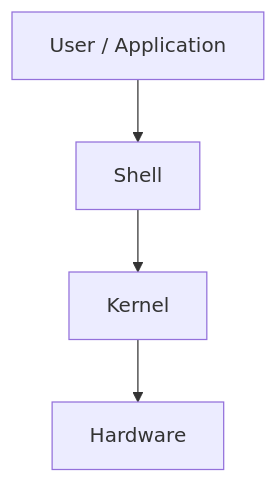
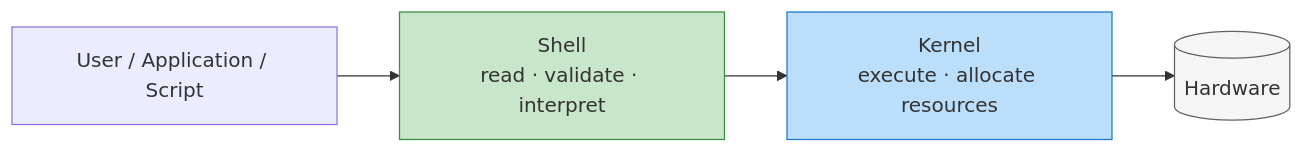
Before and after one commit to chaitussm/Linux-Basics: the third of 3 diagrams in docs/topics/Components of Unix.md, drawn with Mermaid. The commit also changed other lines of this file and 4 other files, not shown here.

First line of the commit message:
Expand Components of Unix.md with Diagram-2 flowcharts and full explanation

````diff
--- a/docs/topics/Components of Unix.md
+++ b/docs/topics/Components of Unix.md
@@ -72,6 +102,10 @@
 ```mermaid
-graph TD
-    A[User / Application] --> B[Shell]
-    B --> C[Kernel]
-    C --> D[Hardware]
+flowchart LR
+    U[User / Application / Script] --> S[Shell<br/>read · validate · interpret]
+    S --> K[Kernel<br/>execute · allocate resources]
+    K --> HW[(Hardware)]
+
+    style S fill:#c8e6c9,stroke:#388e3c
+    style K fill:#bbdefb,stroke:#1976d2
+    style HW fill:#f5f5f5,stroke:#616161
 ```
````
